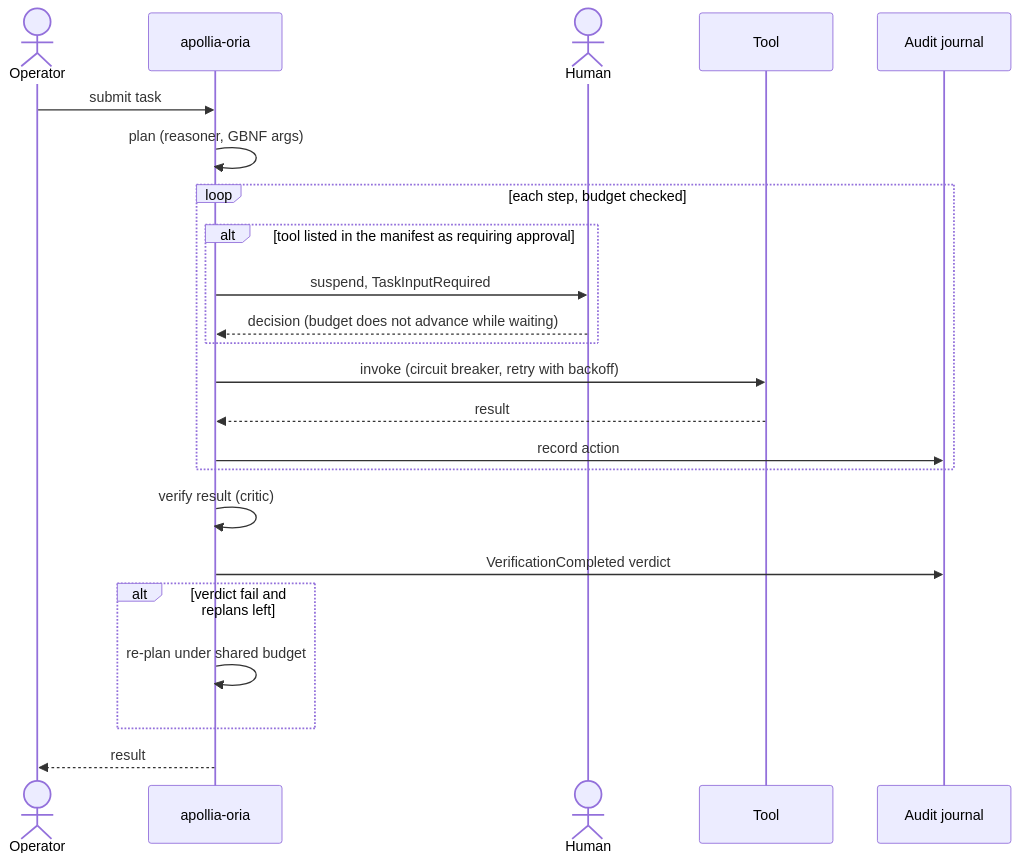
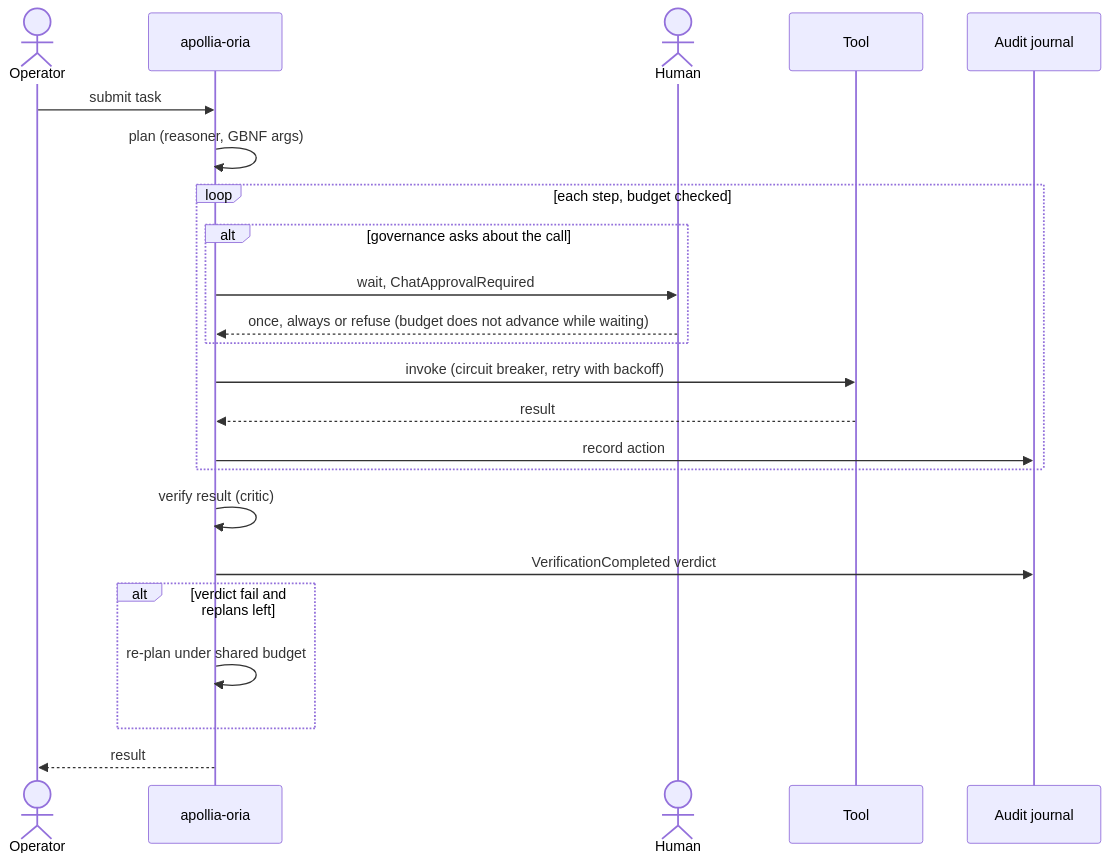
Before and after one commit to Apollia-OS/apollia-os: the first of 9 diagrams in docs/site/docs/architecture/06-runtime-view.md, drawn with Mermaid. The commit also changed other lines of this file and 4432 other files, not shown here.

````diff
--- a/docs/site/docs/architecture/06-runtime-view.md
+++ b/docs/site/docs/architecture/06-runtime-view.md
@@ -19,25 +19,25 @@
 ```mermaid
 sequenceDiagram
     actor Op as Operator
     participant ORIA as apollia-oria
     actor Human
     participant Tool as Tool
     participant Audit as Audit journal
     Op->>ORIA: submit task
     ORIA->>ORIA: plan (reasoner, GBNF args)
     loop each step, budget checked
-        alt tool listed in the manifest as requiring approval
-            ORIA->>Human: suspend, TaskInputRequired
-            Human-->>ORIA: decision (budget does not advance while waiting)
+        alt governance asks about the call
+            ORIA->>Human: wait, ChatApprovalRequired
+            Human-->>ORIA: once, always or refuse (budget does not advance while waiting)
         end
         ORIA->>Tool: invoke (circuit breaker, retry with backoff)
         Tool-->>ORIA: result
         ORIA->>Audit: record action
     end
     ORIA->>ORIA: verify result (critic)
     ORIA->>Audit: VerificationCompleted verdict
     alt verdict fail and replans left
         ORIA->>ORIA: re-plan under shared budget
     end
     ORIA-->>Op: result
 ```
````
